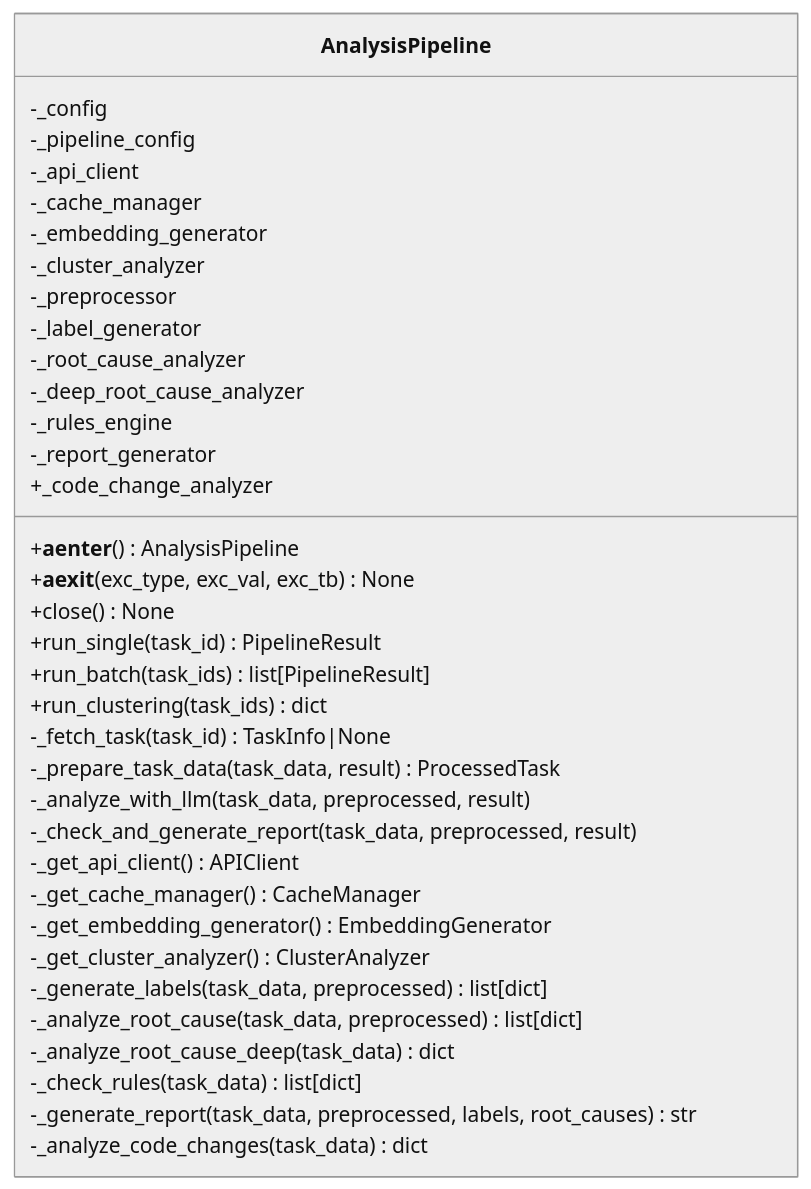
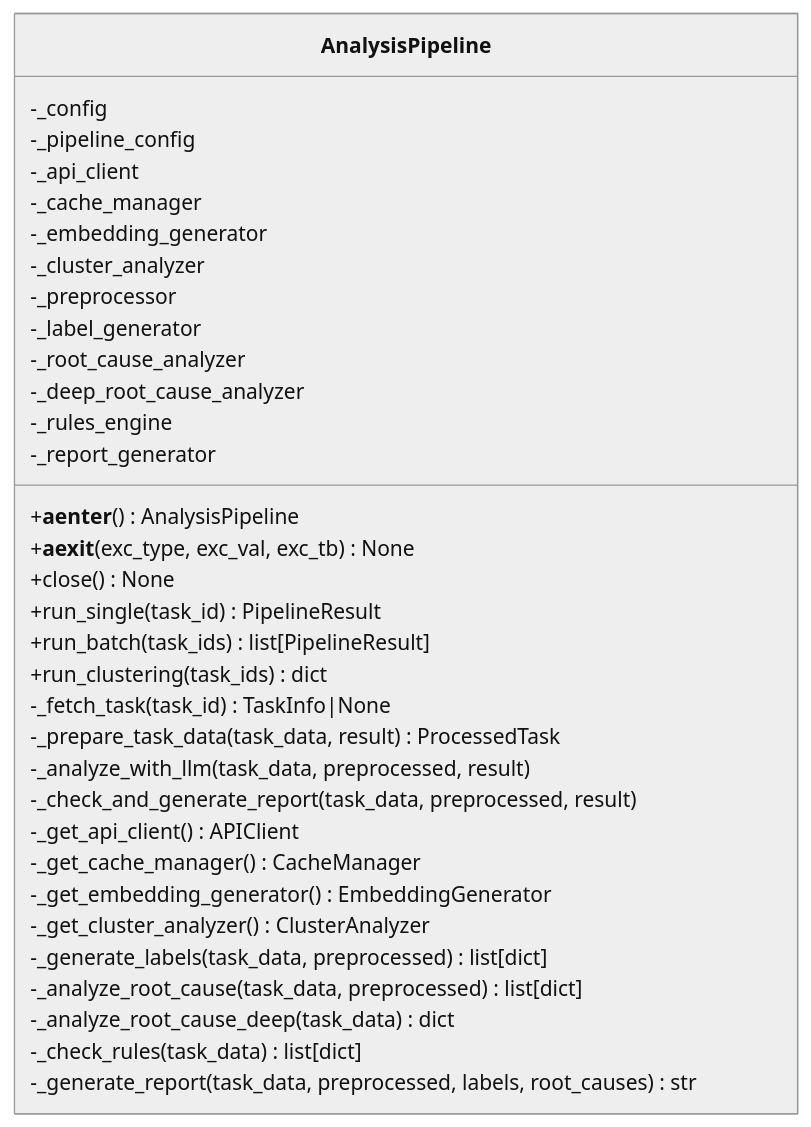
Before and after one commit to boyingliu01/fault-review-analyzer: the fourth of 6 diagrams in .qoder/repowiki/zh/content/核心架构/核心组件/分析流水线编排器.md, drawn with Mermaid (neutral theme). The commit also changed other lines of this file and 125 other files, not shown here.

````diff
--- a/.qoder/repowiki/zh/content/核心架构/核心组件/分析流水线编排器.md
+++ b/.qoder/repowiki/zh/content/核心架构/核心组件/分析流水线编排器.md
@@ -312,38 +262,36 @@
 ```mermaid
 classDiagram
 class AnalysisPipeline {
 -_config
 -_pipeline_config
 -_api_client
 -_cache_manager
 -_embedding_generator
 -_cluster_analyzer
 -_preprocessor
 -_label_generator
 -_root_cause_analyzer
 -_deep_root_cause_analyzer
 -_rules_engine
 -_report_generator
-+_code_change_analyzer
 +__aenter__() AnalysisPipeline
 +__aexit__(exc_type, exc_val, exc_tb) None
 +close() None
 +run_single(task_id) PipelineResult
 +run_batch(task_ids) list[PipelineResult]
 +run_clustering(task_ids) dict
 -_fetch_task(task_id) TaskInfo|None
 -_prepare_task_data(task_data, result) ProcessedTask
 -_analyze_with_llm(task_data, preprocessed, result)
 -_check_and_generate_report(task_data, preprocessed, result)
 -_get_api_client() APIClient
 -_get_cache_manager() CacheManager
 -_get_embedding_generator() EmbeddingGenerator
 -_get_cluster_analyzer() ClusterAnalyzer
 -_generate_labels(task_data, preprocessed) list[dict]
 -_analyze_root_cause(task_data, preprocessed) list[dict]
 -_analyze_root_cause_deep(task_data) dict
 -_check_rules(task_data) list[dict]
 -_generate_report(task_data, preprocessed, labels, root_causes) str
--_analyze_code_changes(task_data) dict
 }
 ```
````
